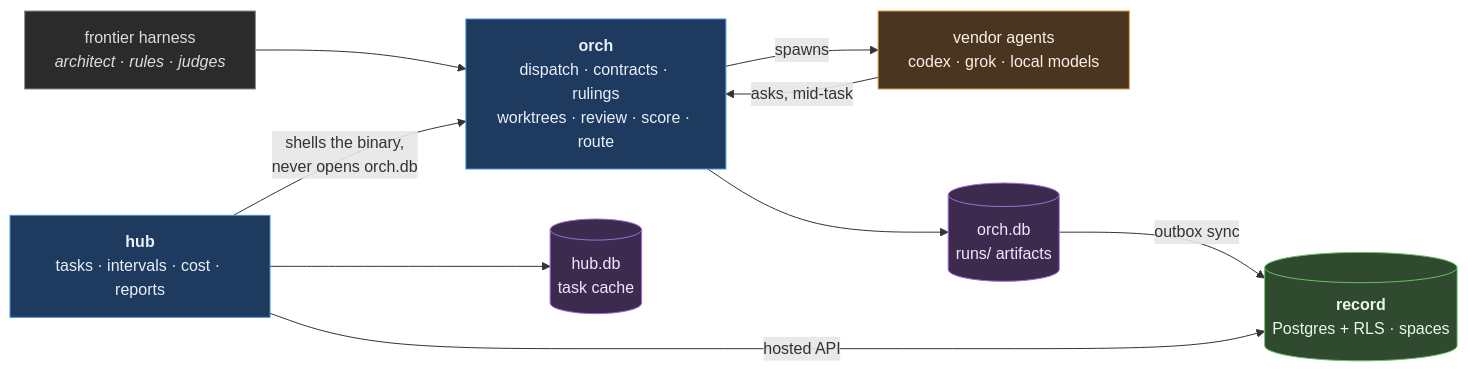
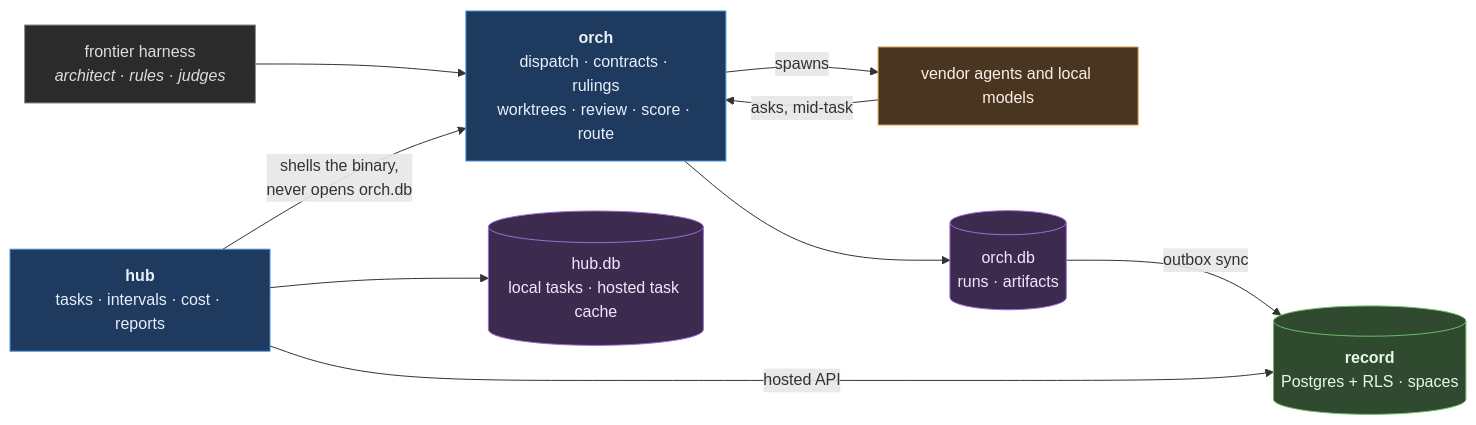
The diagram in README.md (modstudio/bottega), drawn with Mermaid before and after one commit. The commit also changed other lines of this file and 1 other file, not shown here.

````diff
--- a/README.md
+++ b/README.md
@@ -20,25 +57,25 @@
 ```mermaid
 flowchart LR
     H["frontier harness<br/><i>architect · rules · judges</i>"]:::h
     O["<b>orch</b><br/>dispatch · contracts · rulings<br/>worktrees · review · score · route"]:::c
     U["<b>hub</b><br/>tasks · intervals · cost · reports"]:::c
-    W["vendor agents<br/>codex · grok · local models"]:::e
-    OD[("orch.db<br/>runs/ artifacts")]:::s
-    HD[("hub.db<br/>task cache")]:::s
+    W["vendor agents and local models"]:::e
+    OD[("orch.db<br/>runs · artifacts")]:::s
+    HD[("hub.db<br/>local tasks · hosted task cache")]:::s
     RC[("<b>record</b><br/>Postgres + RLS · spaces")]:::r
 
     H --> O
     O -- spawns --> W
     W -- "asks, mid-task" --> O
     O --> OD
     U --> HD
     U -- "shells the binary,<br/>never opens orch.db" --> O
     OD -- "outbox sync" --> RC
     U -- "hosted API" --> RC
 
     classDef h fill:#2b2b2b,stroke:#888,color:#ddd
     classDef c fill:#1e3a5f,stroke:#4a90d9,color:#e8f0fa
     classDef s fill:#3d2b4f,stroke:#a06cd5,color:#f0e8fa
     classDef r fill:#2f4a2f,stroke:#6cbf6c,color:#eaf7ea
     classDef e fill:#4a3520,stroke:#d99a4a,color:#faf0e8
 ```
````
